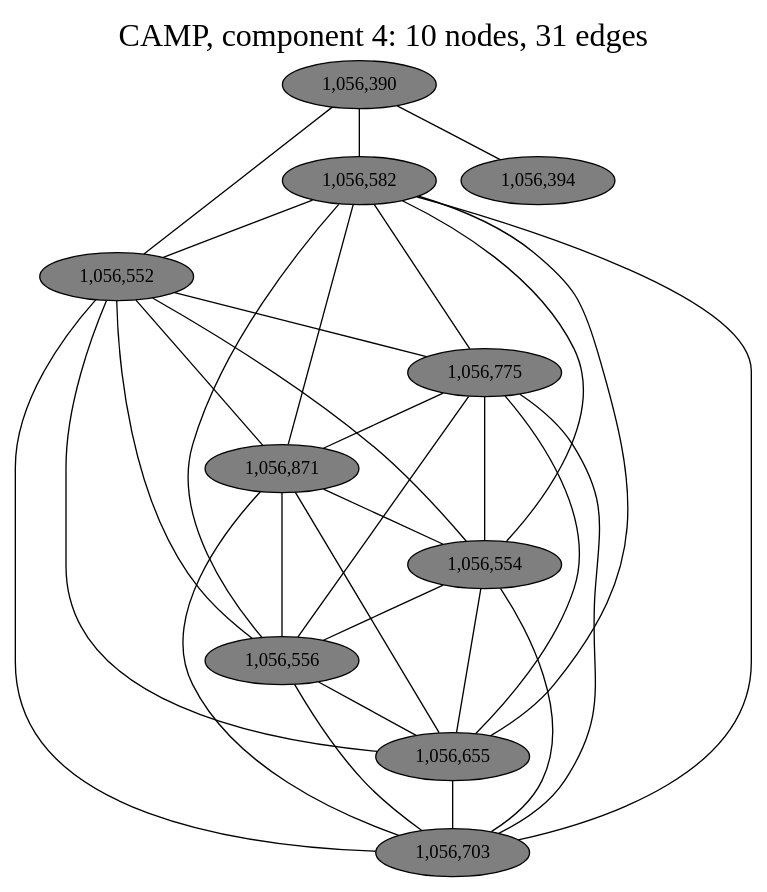
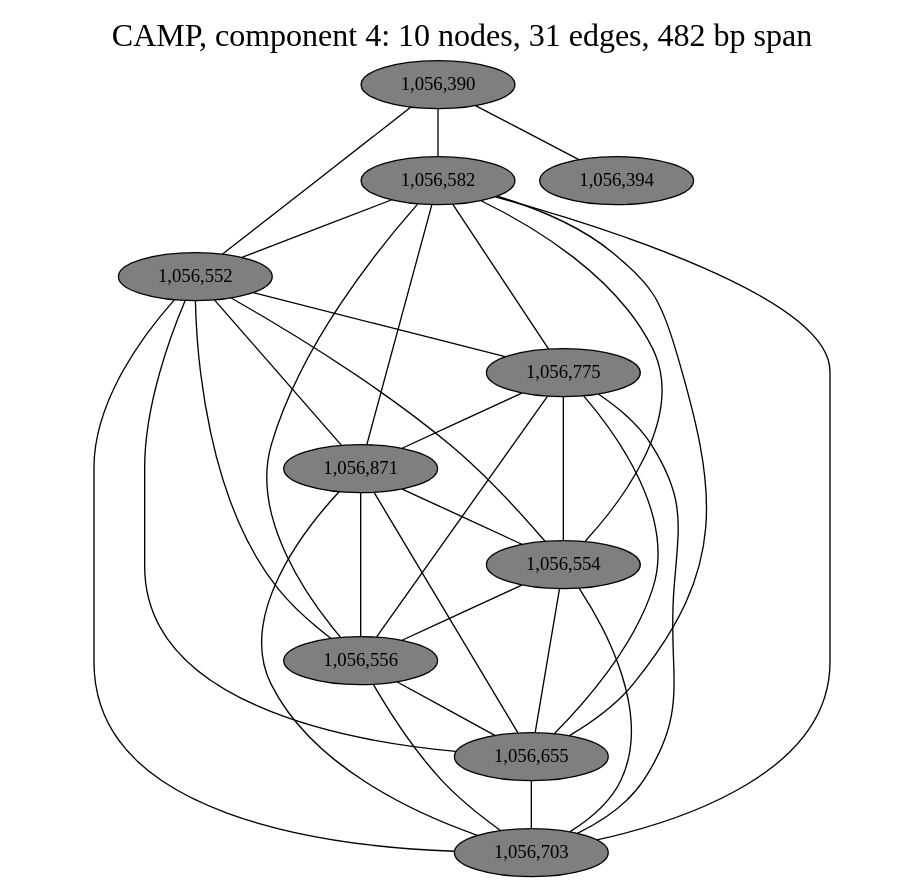
The diagram in notebooks/graphs/CAMP_cc4.gv (fedarko/sheepgut), drawn with Graphviz before and after one commit. The commit also changed 33 other files, not shown here.

```diff
--- a/notebooks/graphs/CAMP_cc4.gv
+++ b/notebooks/graphs/CAMP_cc4.gv
@@ -1,48 +1,48 @@
 graph CAMP_cc4 {
 	overlap="prism50";
 	outputorder="edgesfirst";
-	label="CAMP, component 4: 10 nodes, 31 edges";
+	label="CAMP, component 4: 10 nodes, 31 edges, 482 bp span";
 	labelloc="t";
 	fontsize=24;
 	"1,056,390" [style="filled", fillcolor="#7f7f7f", fontcolor="#000000"];
 	"1,056,582" [style="filled", fillcolor="#7f7f7f", fontcolor="#000000"];
 	"1,056,552" [style="filled", fillcolor="#7f7f7f", fontcolor="#000000"];
 	"1,056,775" [style="filled", fillcolor="#7f7f7f", fontcolor="#000000"];
 	"1,056,394" [style="filled", fillcolor="#7f7f7f", fontcolor="#000000"];
 	"1,056,871" [style="filled", fillcolor="#7f7f7f", fontcolor="#000000"];
 	"1,056,554" [style="filled", fillcolor="#7f7f7f", fontcolor="#000000"];
 	"1,056,556" [style="filled", fillcolor="#7f7f7f", fontcolor="#000000"];
 	"1,056,655" [style="filled", fillcolor="#7f7f7f", fontcolor="#000000"];
 	"1,056,703" [style="filled", fillcolor="#7f7f7f", fontcolor="#000000"];
 	"1,056,390" -- "1,056,394";
 	"1,056,390" -- "1,056,552";
 	"1,056,390" -- "1,056,582";
 	"1,056,582" -- "1,056,552";
 	"1,056,582" -- "1,056,554";
 	"1,056,582" -- "1,056,556";
 	"1,056,582" -- "1,056,655";
 	"1,056,582" -- "1,056,703";
 	"1,056,582" -- "1,056,775";
 	"1,056,582" -- "1,056,871";
 	"1,056,552" -- "1,056,554";
 	"1,056,552" -- "1,056,556";
 	"1,056,552" -- "1,056,655";
 	"1,056,552" -- "1,056,703";
 	"1,056,552" -- "1,056,775";
 	"1,056,552" -- "1,056,871";
 	"1,056,775" -- "1,056,554";
 	"1,056,775" -- "1,056,556";
 	"1,056,775" -- "1,056,655";
 	"1,056,775" -- "1,056,703";
 	"1,056,775" -- "1,056,871";
 	"1,056,871" -- "1,056,554";
 	"1,056,871" -- "1,056,556";
 	"1,056,871" -- "1,056,655";
 	"1,056,871" -- "1,056,703";
 	"1,056,554" -- "1,056,556";
 	"1,056,554" -- "1,056,655";
 	"1,056,554" -- "1,056,703";
 	"1,056,556" -- "1,056,655";
 	"1,056,556" -- "1,056,703";
 	"1,056,655" -- "1,056,703";
 }
```
